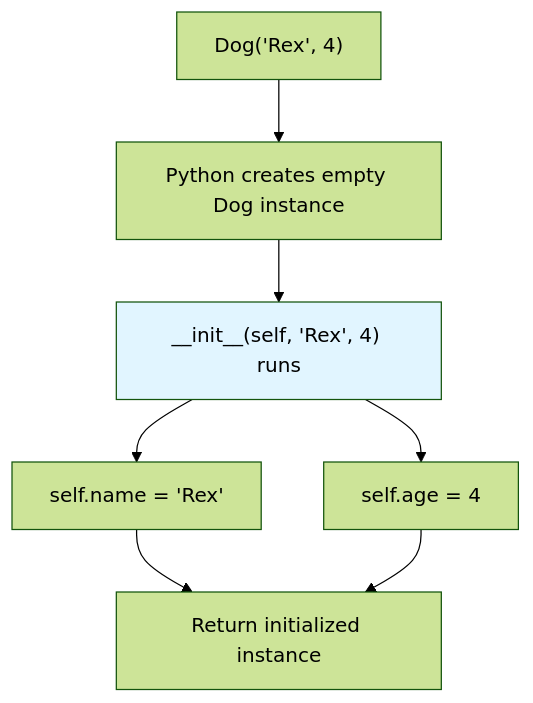
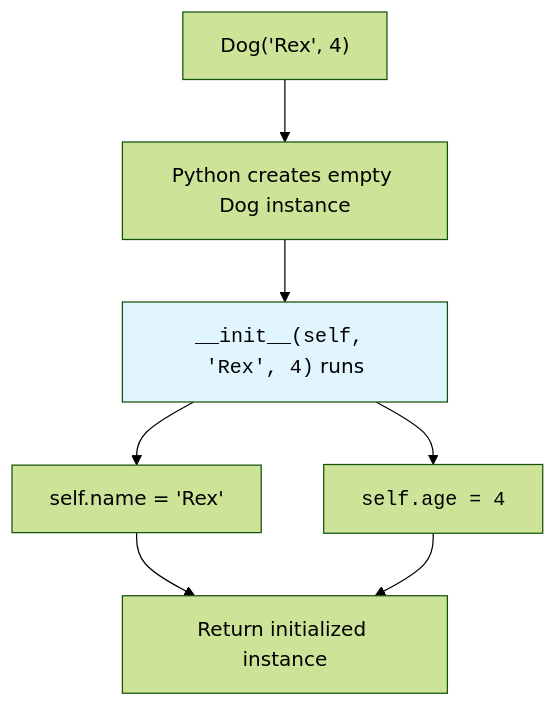
Before and after one commit to dataslope/dataslope: the first of 2 diagrams in content/learn/python-basics/classes.mdx, drawn with Mermaid (forest theme). The commit also changed 153 other files, not shown here.

First line of the commit message:
Render code-only mermaid shapes in monospace; convert step sequences to Steps

````diff
--- a/content/learn/python-basics/classes.mdx
+++ b/content/learn/python-basics/classes.mdx
@@ -67,10 +67,10 @@
 ```mermaid
 flowchart TD
     A["Dog('Rex', 4)"] --> B[Python creates empty Dog instance]
-    B --> C["__init__(self, 'Rex', 4) runs"]
+    B --> C["<code>__init__(self, 'Rex', 4)</code> runs"]
     C --> D["self.name = 'Rex'"]
-    C --> E["self.age = 4"]
+    C --> E["<code>self.age = 4</code>"]
     D --> F[Return initialized instance]
     E --> F
     style C fill:#e1f5ff
 ```
````
